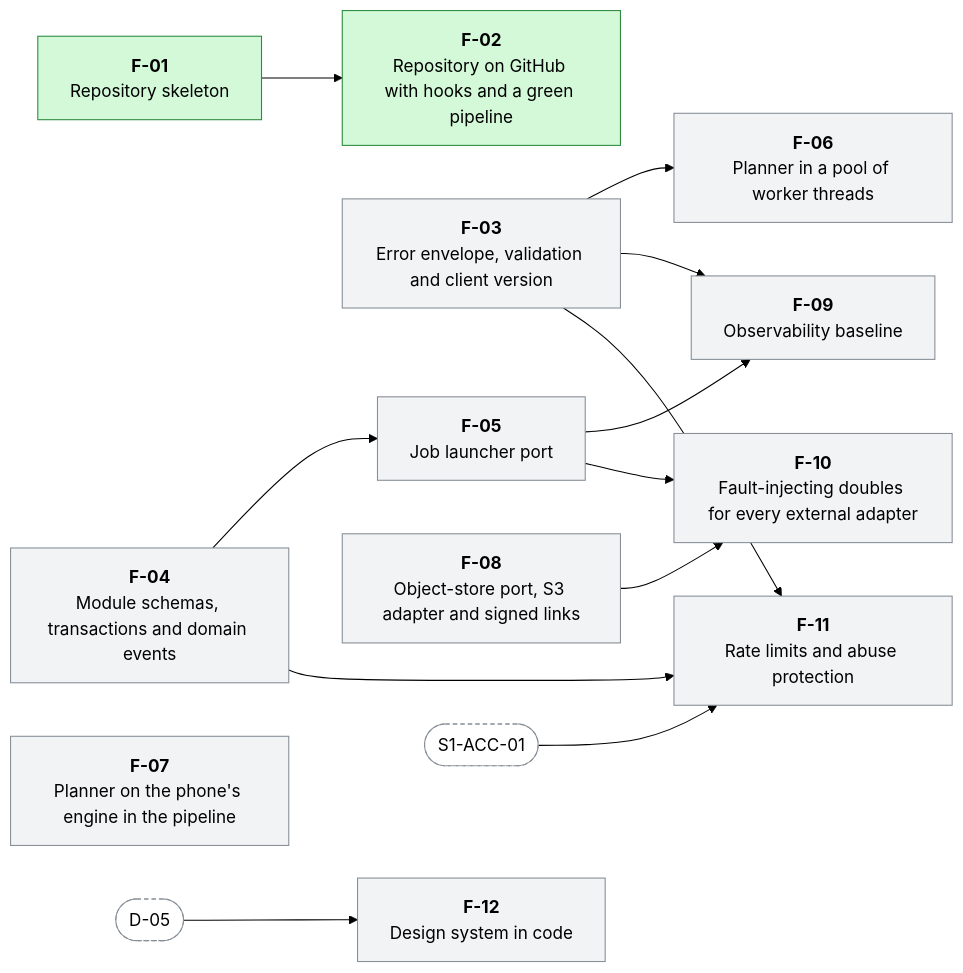
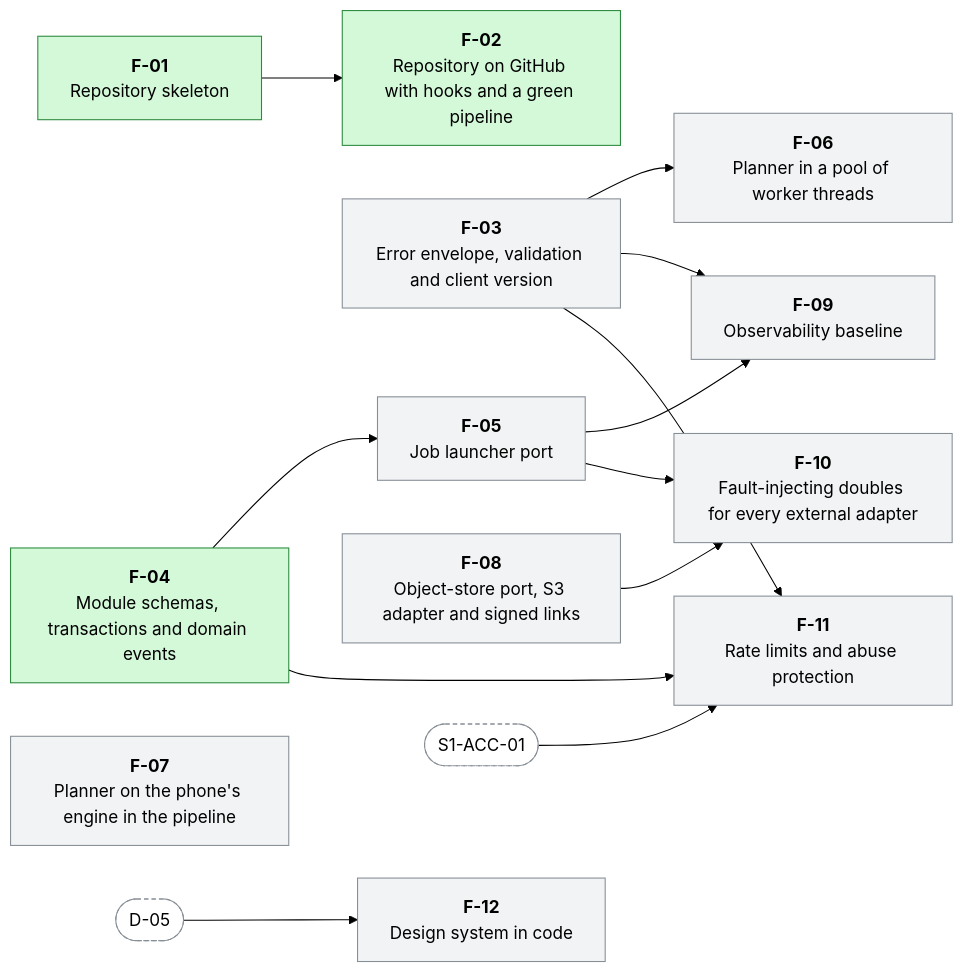
One commit to menisika/Smart-Tour-Guide-and-Itinerary-Planner changed the third of 17 diagrams in docs/WORK-PLAN.md. Above: the diagram before and after it, drawn with Mermaid (forest theme). The commit also changed other lines of this file and 74 other files, not shown here.

First line of the commit message:
feat(api): add module schemas, a unit of work and domain events (#12)

````diff
--- a/docs/WORK-PLAN.md
+++ b/docs/WORK-PLAN.md
@@ -534,33 +534,33 @@
 ```mermaid
 flowchart LR
   classDef done fill:#d3f9d8,stroke:#2b8a3e,color:#000
   classDef progress fill:#fff3bf,stroke:#e67700,color:#000
   classDef blocked fill:#ffe3e3,stroke:#c92a2a,color:#000
   classDef todo fill:#f1f3f5,stroke:#868e96,color:#000
   classDef outside fill:#ffffff,stroke:#868e96,stroke-dasharray:4 3,color:#000
   F_01["<b>F-01</b><br/>Repository skeleton"]:::done
   F_02["<b>F-02</b><br/>Repository on GitHub with hooks and a green pipeline"]:::done
   F_03["<b>F-03</b><br/>Error envelope, validation and client version"]:::todo
-  F_04["<b>F-04</b><br/>Module schemas, transactions and domain events"]:::todo
+  F_04["<b>F-04</b><br/>Module schemas, transactions and domain events"]:::done
   F_05["<b>F-05</b><br/>Job launcher port"]:::todo
   F_06["<b>F-06</b><br/>Planner in a pool of worker threads"]:::todo
   F_07["<b>F-07</b><br/>Planner on the phone's engine in the pipeline"]:::todo
   F_08["<b>F-08</b><br/>Object-store port, S3 adapter and signed links"]:::todo
   F_09["<b>F-09</b><br/>Observability baseline"]:::todo
   F_10["<b>F-10</b><br/>Fault-injecting doubles for every external adapter"]:::todo
   F_11["<b>F-11</b><br/>Rate limits and abuse protection"]:::todo
   F_12["<b>F-12</b><br/>Design system in code"]:::todo
   D_05(["D-05"]):::outside
   S1_ACC_01(["S1-ACC-01"]):::outside
   F_01 --> F_02
   F_04 --> F_05
   F_03 --> F_06
   F_03 --> F_09
   F_05 --> F_09
   F_08 --> F_10
   F_05 --> F_10
   F_03 --> F_11
   F_04 --> F_11
   S1_ACC_01 --> F_11
   D_05 --> F_12
 ```
````
